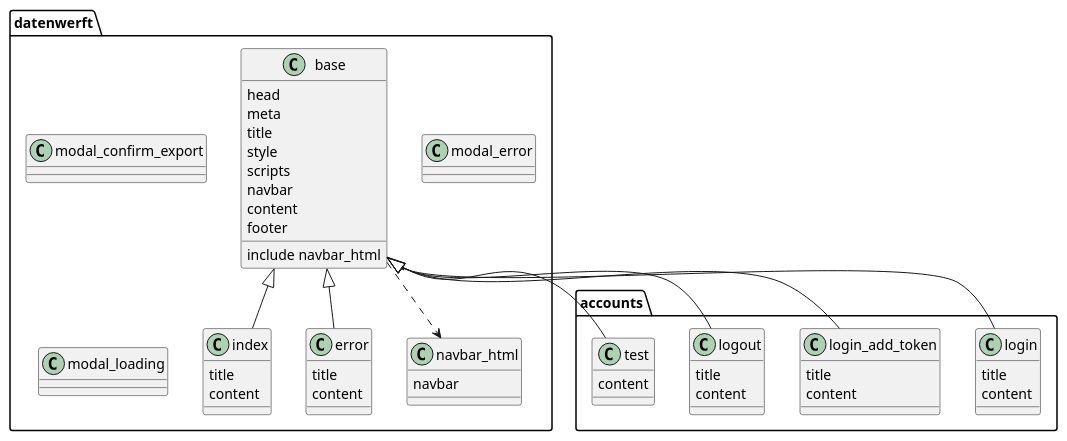
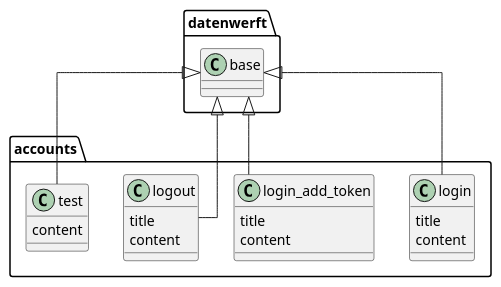
Before and after one commit to rostock/datenwerft: the diagram in accounts/templates/accounts/template_structure.puml, drawn with PlantUML. The commit also changed 4 other files, not shown here.

```diff
--- a/accounts/templates/accounts/template_structure.puml
+++ b/accounts/templates/accounts/template_structure.puml
@@ -1,65 +1,31 @@
 @startuml
-package datenwerft{
-  class base {
-    {field} head
-    {field} meta
-    {field} title
-    {field} style
-    {field} scripts
-    {field} navbar
-    {field} content
-    {field} footer
-    {method} include navbar_html
-  }
-
-  class navbar_html {
-    {field} navbar
-  }
-
-  class index {
-    {field} title
-    {field} content
-  }
-
-  class error {
-    {field} title
-    {field} content
-  }
-
-  class modal_confirm_export {}
-  class modal_error {}
-  class modal_loading {}
-}
+skinparam linetype ortho
 
 package accounts {
   class login {
     {field} title
     {field} content
   }
 
   class login_add_token {
     {field} title
     {field} content
   }
 
   class logout {
     {field} title
     {field} content
   }
 
   class test {
     {field} content
   }
 }
 
 
-datenwerft.base ..> datenwerft.navbar_html
-datenwerft.base <|-- datenwerft.index
-datenwerft.base <|-- datenwerft.error
-
 datenwerft.base <|-- accounts.login
 datenwerft.base <|-- accounts.login_add_token
 datenwerft.base <|-- accounts.logout
 datenwerft.base <|-- accounts.test
 
 @enduml
```
